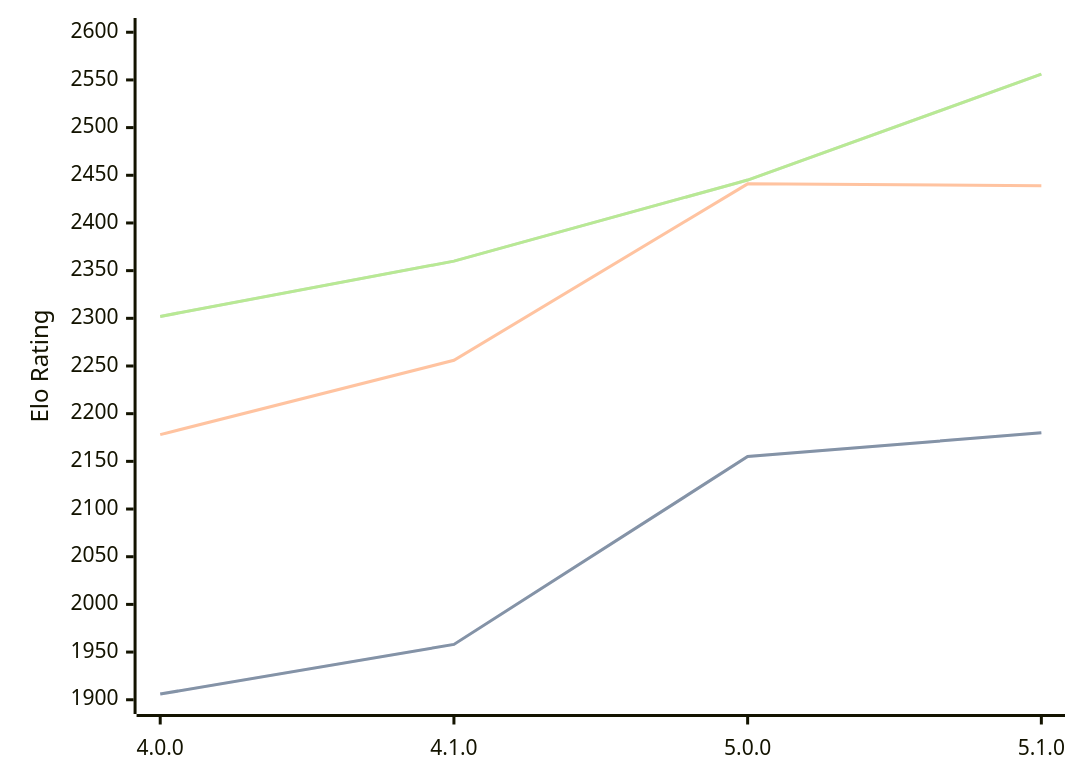
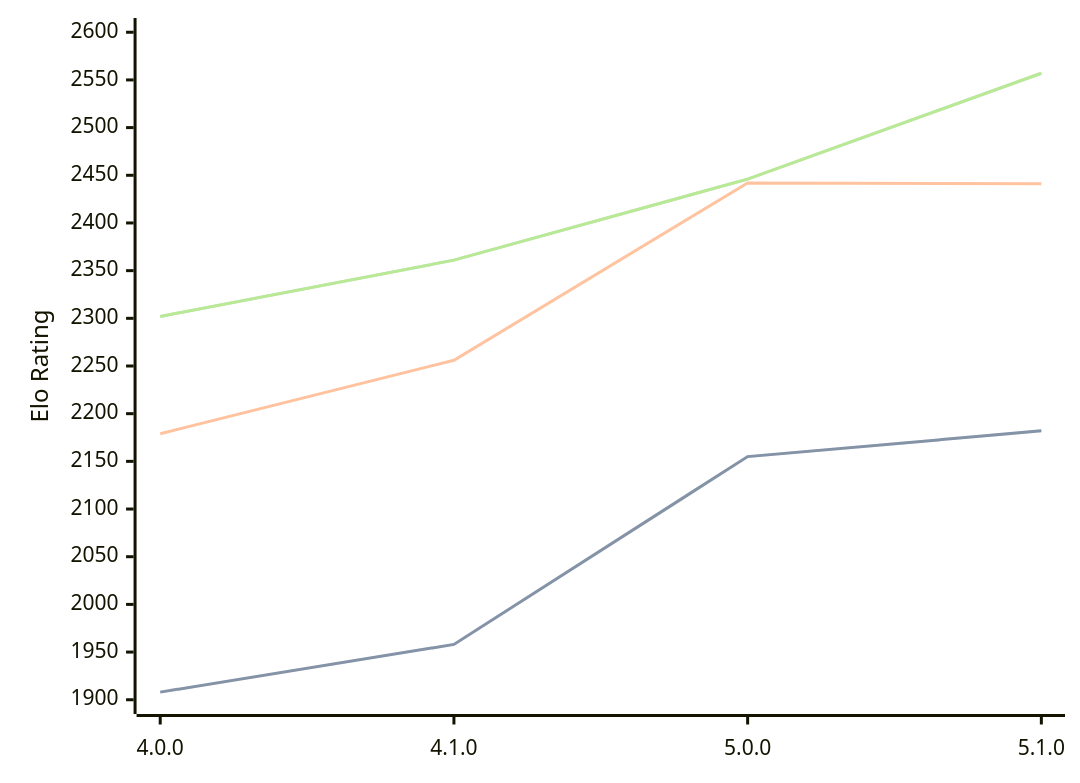
The diagram in engines/Aconcagua.md (computer-chess-index/cci), drawn with Mermaid before and after one commit. The commit also changed other lines of this file, not shown here.

Commit message:
Update CCI Ratings (ELO VLTC) - 2026-05-21

````diff
--- a/engines/Aconcagua.md
+++ b/engines/Aconcagua.md
@@ -43,11 +43,11 @@
 ```mermaid
 %%{init: {"theme":"base","themeVariables":{"seriesColors:['#a3a3a3','#222221','#faa371']}}}%%
 xychart-beta
   x-axis ["4.0.0", "4.1.0", "5.0.0", "5.1.0"]
   y-axis "Elo Rating" 1900 --> 2600
-  line "STC (8.0+0.08s)" [1906, 1958, 2155, 2180]
-  line "STC (8.0+0.08s)" [1906, 1958, 2155, 2180]
-  line "LTC (60.0+0.60s)" [2178, 2256, 2441, 2439]
-  line "VLTC (2m24s+1.12s)" [2302, 2360, 2445, 2556]
-  line "VLTC (2m24s+1.12s)" [2302, 2360, 2445, 2556]
+  line "STC (8.0+0.08s)" [1908, 1958, 2155, 2182]
+  line "STC (8.0+0.08s)" [1908, 1958, 2155, 2182]
+  line "LTC (60.0+0.60s)" [2179, 2256, 2442, 2441]
+  line "VLTC (2m24s+1.12s)" [2302, 2361, 2446, 2557]
+  line "VLTC (2m24s+1.12s)" [2302, 2361, 2446, 2557]
 ```
````
